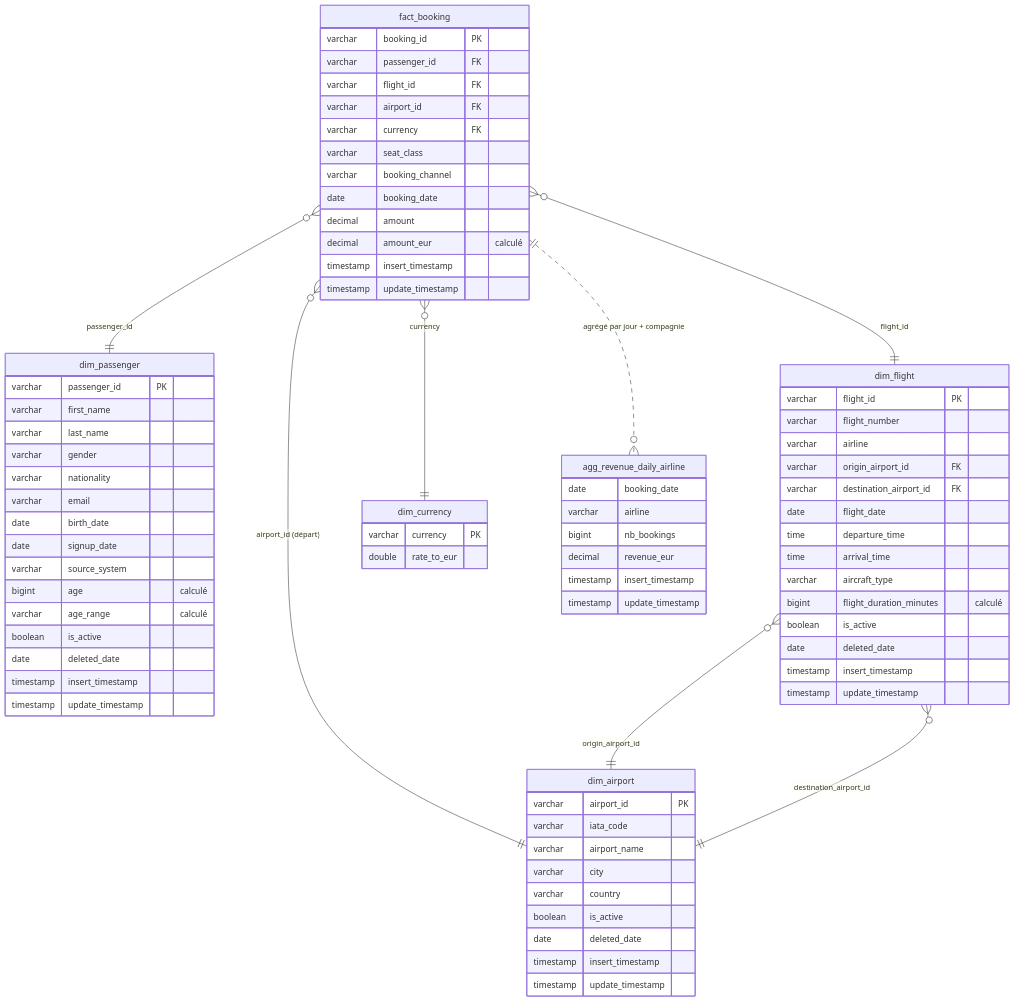
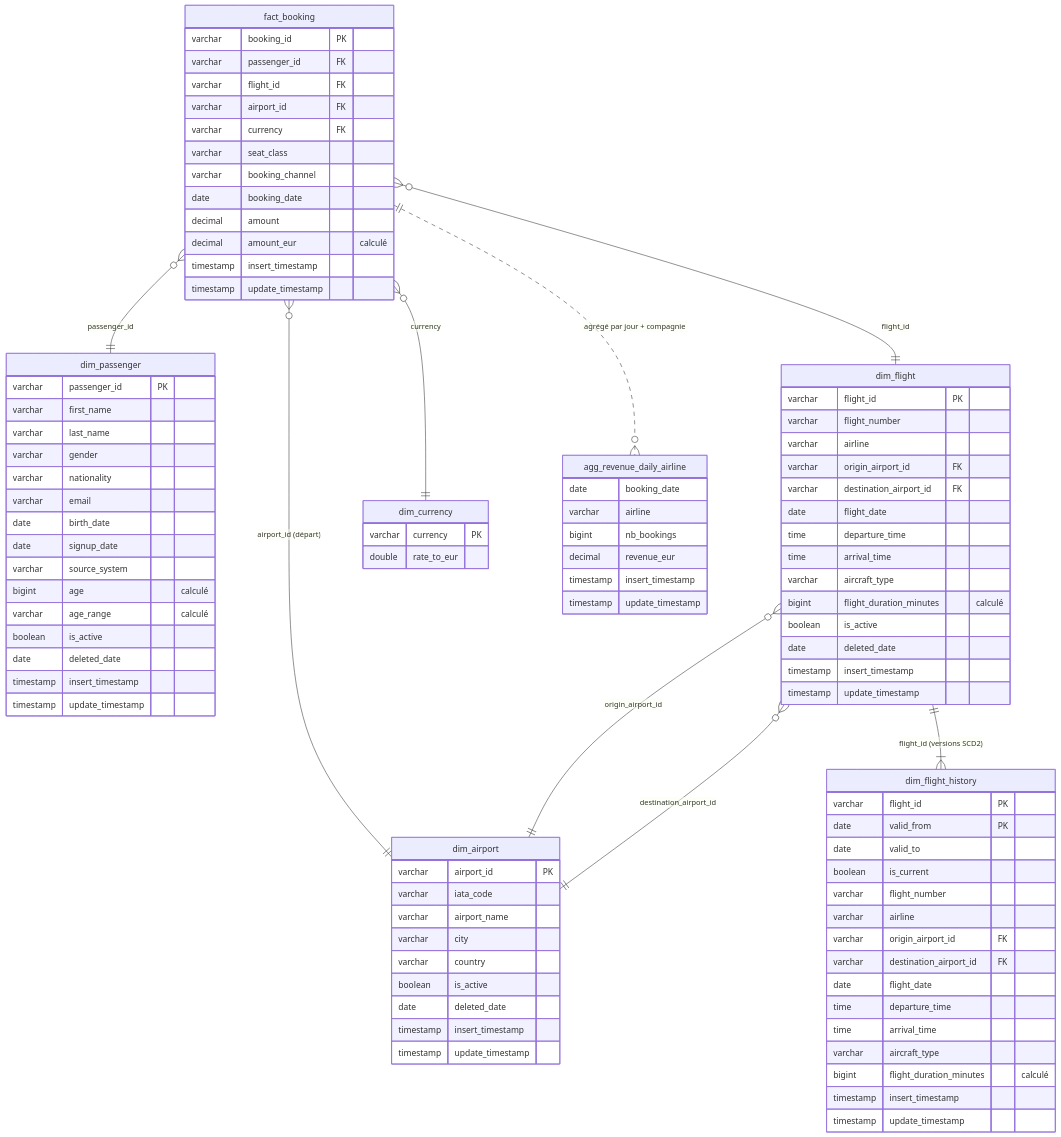
The diagram in docs/data_model.mmd (lugotom/tp-data-engineering), drawn with Mermaid before and after one commit. The commit also changed 3 other files, not shown here.

```diff
--- a/docs/data_model.mmd
+++ b/docs/data_model.mmd
@@ -1,79 +1,97 @@
 erDiagram
     fact_booking }o--|| dim_passenger : "passenger_id"
     fact_booking }o--|| dim_flight : "flight_id"
     fact_booking }o--|| dim_airport : "airport_id (départ)"
     fact_booking }o--|| dim_currency : "currency"
     dim_flight }o--|| dim_airport : "origin_airport_id"
     dim_flight }o--|| dim_airport : "destination_airport_id"
+    dim_flight ||--|{ dim_flight_history : "flight_id (versions SCD2)"
     fact_booking ||..o{ agg_revenue_daily_airline : "agrégé par jour + compagnie"
 
     fact_booking {
         varchar booking_id PK
         varchar passenger_id FK
         varchar flight_id FK
         varchar airport_id FK
         varchar currency FK
         varchar seat_class
         varchar booking_channel
         date booking_date
         decimal amount
         decimal amount_eur "calculé"
         timestamp insert_timestamp
         timestamp update_timestamp
     }
     dim_flight {
         varchar flight_id PK
         varchar flight_number
         varchar airline
         varchar origin_airport_id FK
         varchar destination_airport_id FK
         date flight_date
         time departure_time
         time arrival_time
         varchar aircraft_type
         bigint flight_duration_minutes "calculé"
         boolean is_active
         date deleted_date
+        timestamp insert_timestamp
+        timestamp update_timestamp
+    }
+    dim_flight_history {
+        varchar flight_id PK
+        date valid_from PK
+        date valid_to
+        boolean is_current
+        varchar flight_number
+        varchar airline
+        varchar origin_airport_id FK
+        varchar destination_airport_id FK
+        date flight_date
+        time departure_time
+        time arrival_time
+        varchar aircraft_type
+        bigint flight_duration_minutes "calculé"
         timestamp insert_timestamp
         timestamp update_timestamp
     }
     dim_passenger {
         varchar passenger_id PK
         varchar first_name
         varchar last_name
         varchar gender
         varchar nationality
         varchar email
         date birth_date
         date signup_date
         varchar source_system
         bigint age "calculé"
         varchar age_range "calculé"
         boolean is_active
         date deleted_date
         timestamp insert_timestamp
         timestamp update_timestamp
     }
     dim_airport {
         varchar airport_id PK
         varchar iata_code
         varchar airport_name
         varchar city
         varchar country
         boolean is_active
         date deleted_date
         timestamp insert_timestamp
         timestamp update_timestamp
     }
     dim_currency {
         varchar currency PK
         double rate_to_eur
     }
     agg_revenue_daily_airline {
         date booking_date
         varchar airline
         bigint nb_bookings
         decimal revenue_eur
         timestamp insert_timestamp
         timestamp update_timestamp
     }
```
